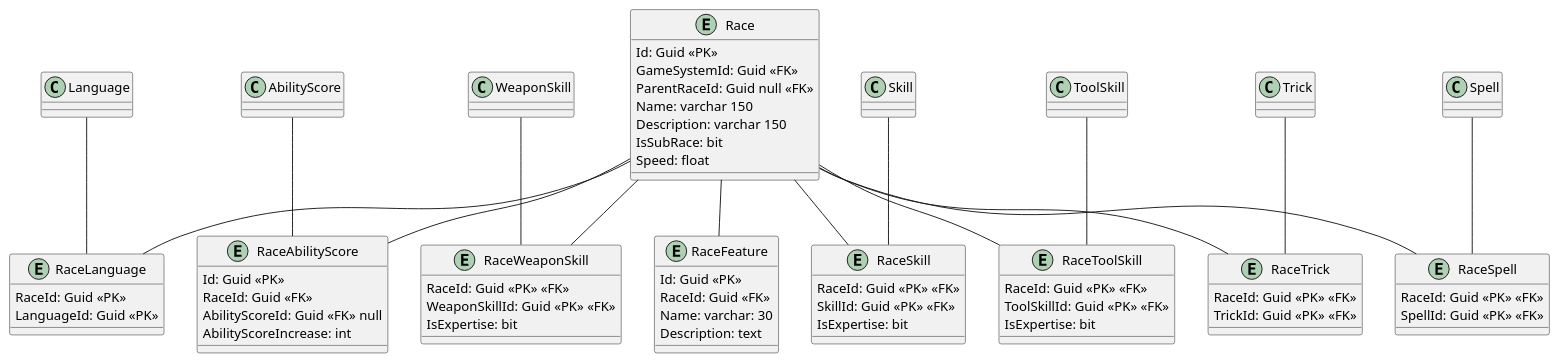
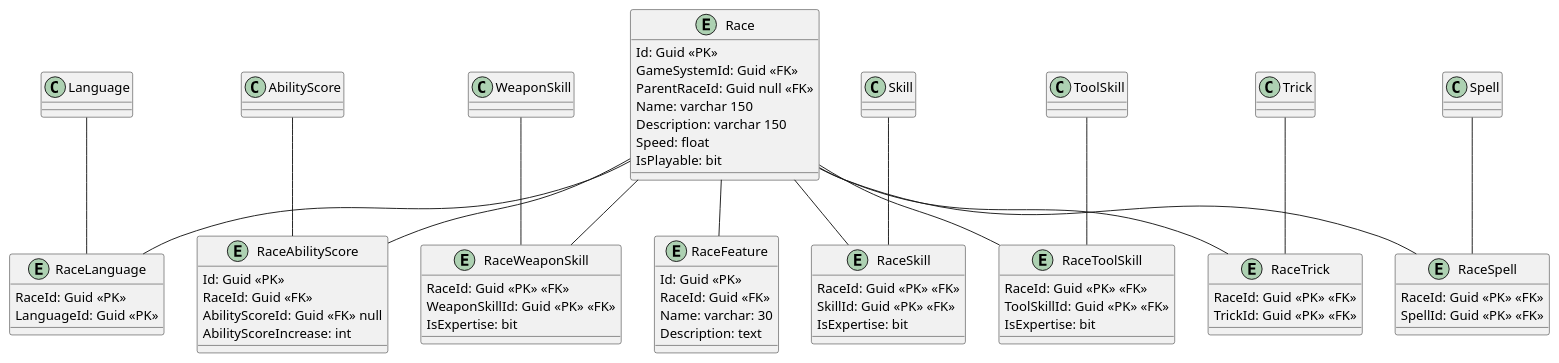
The diagram in Diagrams/Race_Diagram.puml (LucasZottis/RPGManager), drawn with PlantUML before and after one commit.

Commit message:
Remoção e criação de flags
Criado a flag IsPlayable para definir se a raça pode ser usada para criação de personagem

Removido a flag IsSubRace pois será definido isso com o ID da raça primária

```diff
--- a/Diagrams/Race_Diagram.puml
+++ b/Diagrams/Race_Diagram.puml
@@ -1,81 +1,81 @@
 @startuml Race_Diagram.puml
 entity Race {
     Id: Guid <<PK>>
     GameSystemId: Guid <<FK>>
     ParentRaceId: Guid null <<FK>>
     Name: varchar 150
     Description: varchar 150
-    IsSubRace: bit
     Speed: float
+    IsPlayable: bit
 }
 
 entity RaceLanguage {
     RaceId: Guid <<PK>>
     LanguageId: Guid <<PK>>
 }
 
 entity RaceAbilityScore {
     Id: Guid <<PK>>
     RaceId: Guid <<FK>>
     AbilityScoreId: Guid <<FK>> null
     AbilityScoreIncrease: int
 }
 
 entity RaceFeature {
     Id: Guid <<PK>>
     RaceId: Guid <<FK>>
     Name: varchar: 30
     Description: text
 }
 
 entity RaceWeaponSkill {
     RaceId: Guid <<PK>> <<FK>>
     WeaponSkillId: Guid <<PK>> <<FK>>
     IsExpertise: bit
 }
 
 entity RaceSkill {
     RaceId: Guid <<PK>> <<FK>>
     SkillId: Guid <<PK>> <<FK>>
     IsExpertise: bit
 }
 
 entity RaceToolSkill {
     RaceId: Guid <<PK>> <<FK>>
     ToolSkillId: Guid <<PK>> <<FK>>
     IsExpertise: bit
 }
 
 entity RaceTrick {
     RaceId: Guid <<PK>> <<FK>>
     TrickId: Guid <<PK>> <<FK>>
 }
 
 entity RaceSpell {
     RaceId: Guid <<PK>> <<FK>>
     SpellId: Guid <<PK>> <<FK>>
 }
 
 Race -- RaceLanguage
 Language -- RaceLanguage
 
 Race -- RaceAbilityScore
 AbilityScore -- RaceAbilityScore
 
 Race -- RaceFeature
 
 Race -- RaceWeaponSkill
 WeaponSkill -- RaceWeaponSkill
 
 Race -- RaceSkill
 Skill -- RaceSkill
 
 Race -- RaceToolSkill
 ToolSkill -- RaceToolSkill
 
 Race -- RaceTrick
 Trick -- RaceTrick
 
 Race -- RaceSpell
 Spell -- RaceSpell
 @enduml
```
